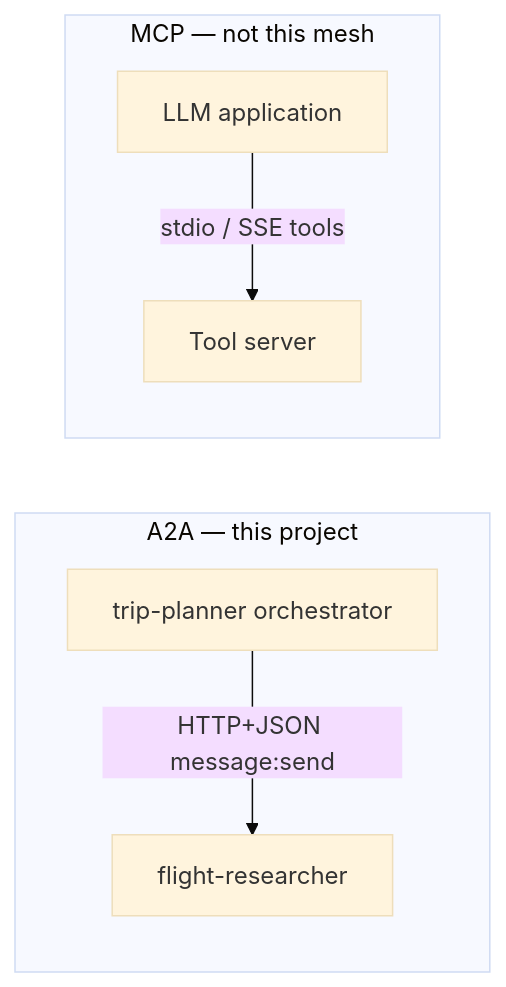
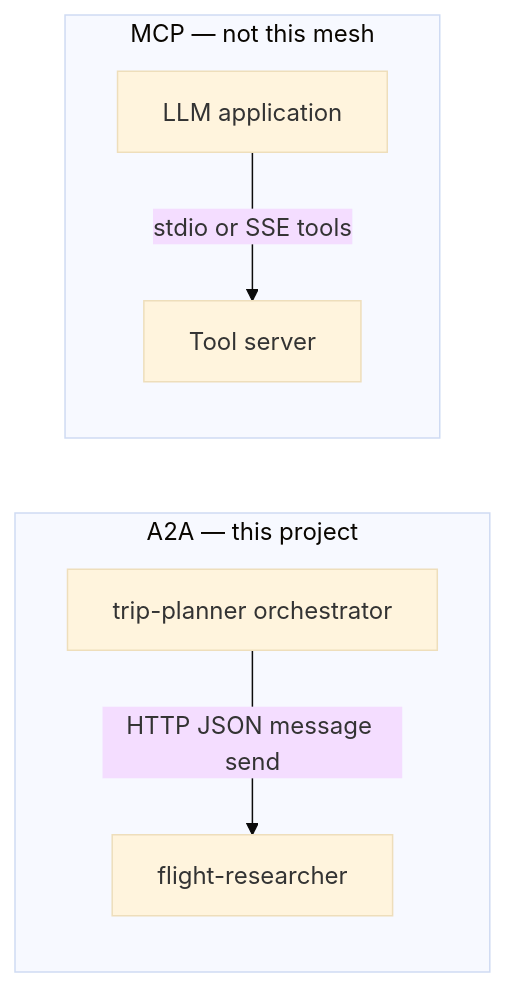
The first of 6 diagrams in docs/guides/00-overview.md (yu-iskw/agent-cli-demo), drawn with Mermaid (base theme) before and after one commit. The commit also changed other lines of this file and 22 other files, not shown here.

````diff
--- a/docs/guides/00-overview.md
+++ b/docs/guides/00-overview.md
@@ -40,14 +46,14 @@
 ```mermaid
 flowchart LR
   subgraph A2A["A2A — this project"]
     TP["trip-planner orchestrator"]
     FR["flight-researcher"]
-    TP -->|"HTTP+JSON message:send"| FR
+    TP -->|"HTTP JSON message send"| FR
   end
 
   subgraph MCP["MCP — not this mesh"]
     App["LLM application"]
     Tools["Tool server"]
-    App -->|"stdio / SSE tools"| Tools
+    App -->|"stdio or SSE tools"| Tools
   end
 ```
````
